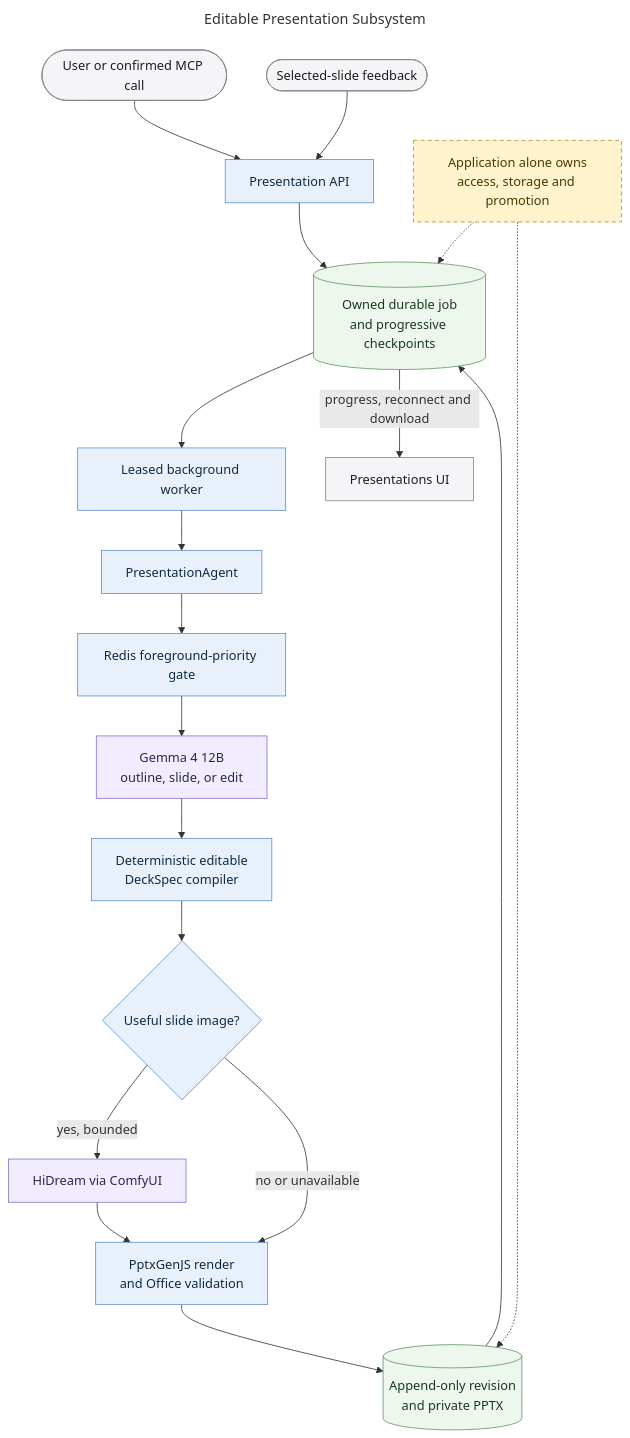
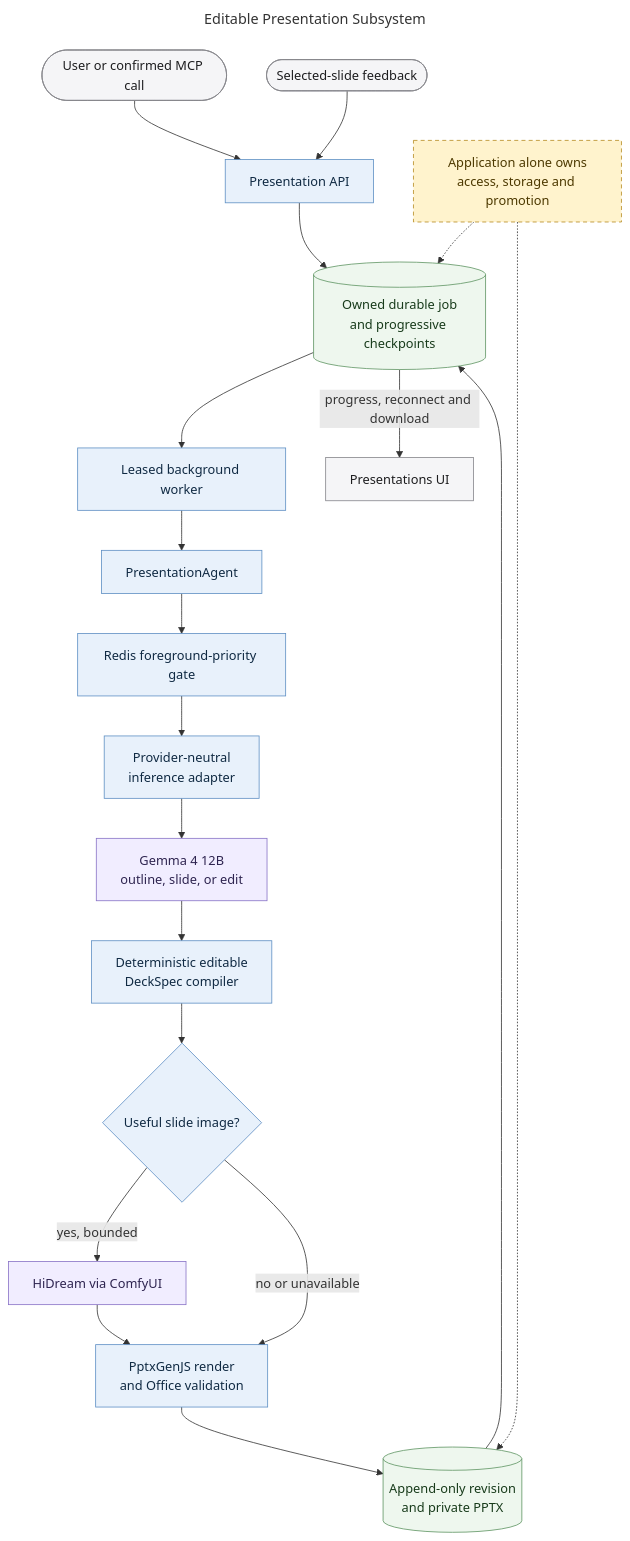
The diagram in docs/diagrams/presentation-subsystem.mmd (MallyaAni/PersonalAssistant), drawn with Mermaid before and after one commit. The commit also changed 63 other files, not shown here.

```diff
--- a/docs/diagrams/presentation-subsystem.mmd
+++ b/docs/diagrams/presentation-subsystem.mmd
@@ -1,34 +1,35 @@
 ---
 title: Editable Presentation Subsystem
 ---
 flowchart TB
     User([User or confirmed MCP call]) --> API[Presentation API]
     Feedback([Selected-slide feedback]) --> API
     API --> Job[(Owned durable job<br/>and progressive checkpoints)]
     Job --> Worker[Leased background worker]
     Worker --> Agent[PresentationAgent]
     Agent --> Gate[Redis foreground-priority gate]
-    Gate --> Gemma[Gemma 4 12B<br/>outline, slide, or edit]
+    Gate --> Inference[Provider-neutral<br/>inference adapter]
+    Inference --> Gemma[Gemma 4 12B<br/>outline, slide, or edit]
     Gemma --> Compiler[Deterministic editable<br/>DeckSpec compiler]
     Compiler --> Visuals{Useful slide image?}
     Visuals -->|yes, bounded| HiDream[HiDream via ComfyUI]
     Visuals -->|no or unavailable| Render
     HiDream --> Render[PptxGenJS render<br/>and Office validation]
     Render --> Revision[(Append-only revision<br/>and private PPTX)]
     Revision --> Job
     Job -->|progress, reconnect and download| UI[Presentations UI]
 
     Boundary[Application alone owns<br/>access, storage and promotion]
     Boundary -.-> Job
     Boundary -.-> Revision
 
     classDef interface fill:#f5f5f7,stroke:#86868b,color:#1d1d1f;
     classDef application fill:#e8f1fb,stroke:#5e8fc4,color:#102a43;
     classDef data fill:#eef7ee,stroke:#5f9562,color:#183b1b;
     classDef external fill:#f1edff,stroke:#8872c6,color:#2e2450;
     classDef warning fill:#fff3cd,stroke:#b78b20,color:#4d3900,stroke-dasharray:5 4;
     class User,UI,Feedback interface;
-    class API,Worker,Agent,Gate,Compiler,Visuals,Render application;
+    class API,Worker,Agent,Gate,Inference,Compiler,Visuals,Render application;
     class Job,Revision data;
     class Gemma,HiDream external;
     class Boundary warning;
```
